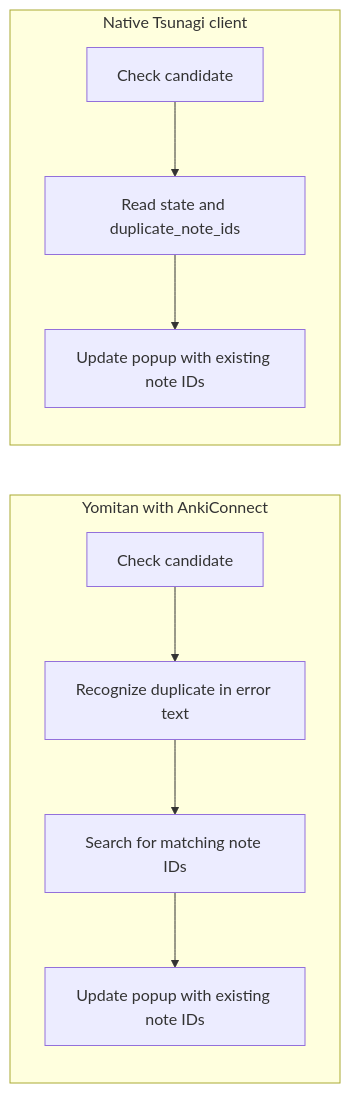
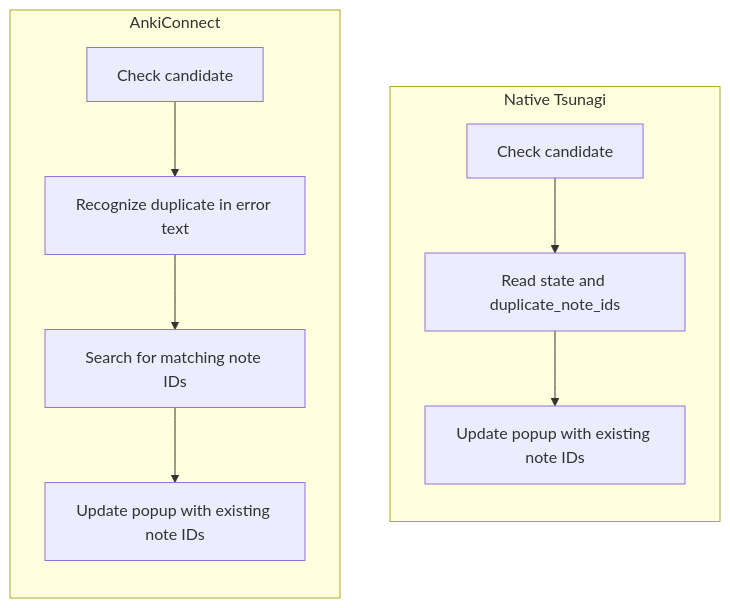
Before and after one commit to mcgrizzz/Tsunagi: the diagram in docs/api_recipes.md, drawn with Mermaid.

Commit message:
docs: align duplicate-check flows for comparison

````diff
--- a/docs/api_recipes.md
+++ b/docs/api_recipes.md
@@ -164,14 +164,15 @@
 ```mermaid
 flowchart LR
-    subgraph ac["Yomitan with AnkiConnect"]
+    subgraph ac["AnkiConnect"]
         direction TB
         A[Check candidate] --> B[Recognize duplicate in error text]
         B --> C[Search for matching note IDs]
         C --> D[Update popup with existing note IDs]
     end
-    subgraph native["Native Tsunagi client"]
+    subgraph native["Native Tsunagi"]
         direction TB
         E[Check candidate] --> F[Read state and duplicate_note_ids]
         F --> G[Update popup with existing note IDs]
     end
+    ac ~~~ native
 ```
````
